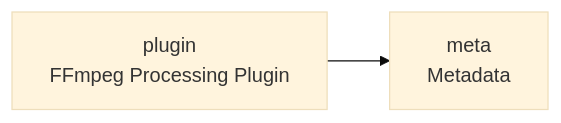
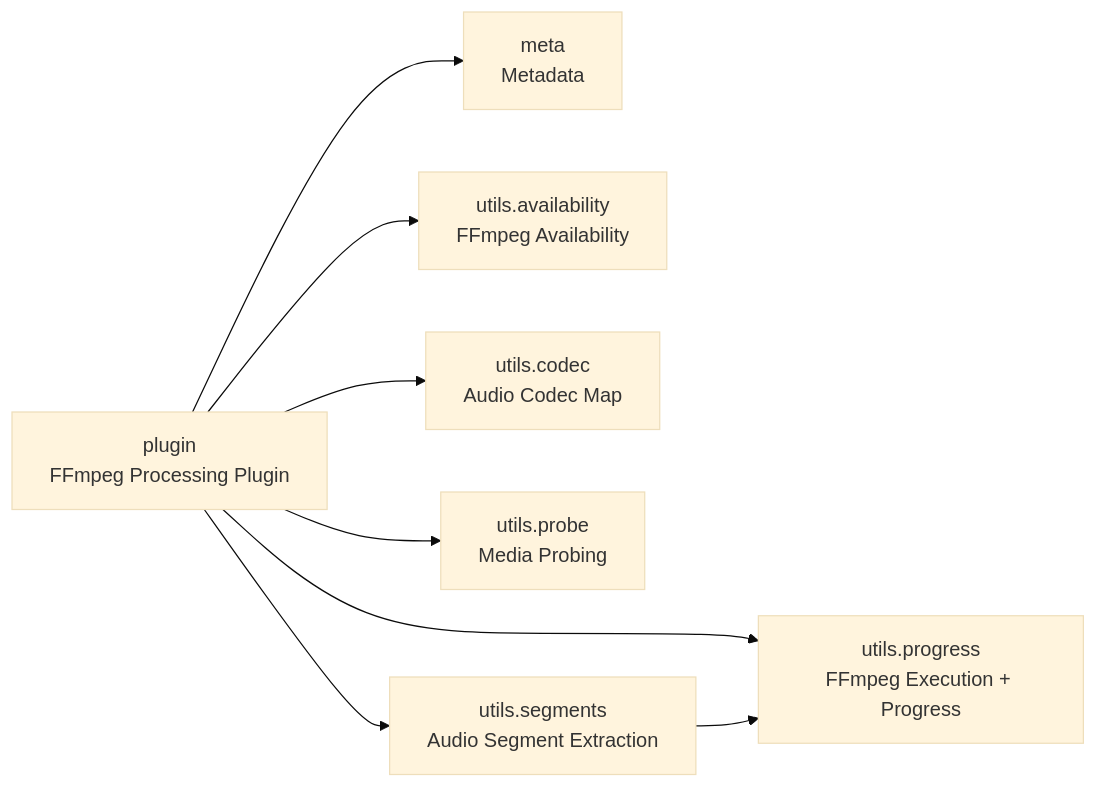
The diagram in README.md (cj-mills/cjm-capability-ffmpeg), drawn with Mermaid (base theme) before and after one commit. The commit also changed other lines of this file and 1 other file, not shown here.

````diff
--- a/README.md
+++ b/README.md
@@ -22,7 +28,18 @@
 ``` mermaid
 graph LR
     meta["meta<br/>Metadata"]
     plugin["plugin<br/>FFmpeg Processing Plugin"]
+    utils_availability["utils.availability<br/>FFmpeg Availability"]
+    utils_codec["utils.codec<br/>Audio Codec Map"]
+    utils_probe["utils.probe<br/>Media Probing"]
+    utils_progress["utils.progress<br/>FFmpeg Execution + Progress"]
+    utils_segments["utils.segments<br/>Audio Segment Extraction"]
 
+    plugin --> utils_probe
+    plugin --> utils_segments
+    plugin --> utils_availability
+    plugin --> utils_progress
     plugin --> meta
+    plugin --> utils_codec
+    utils_segments --> utils_progress
 ```
````
